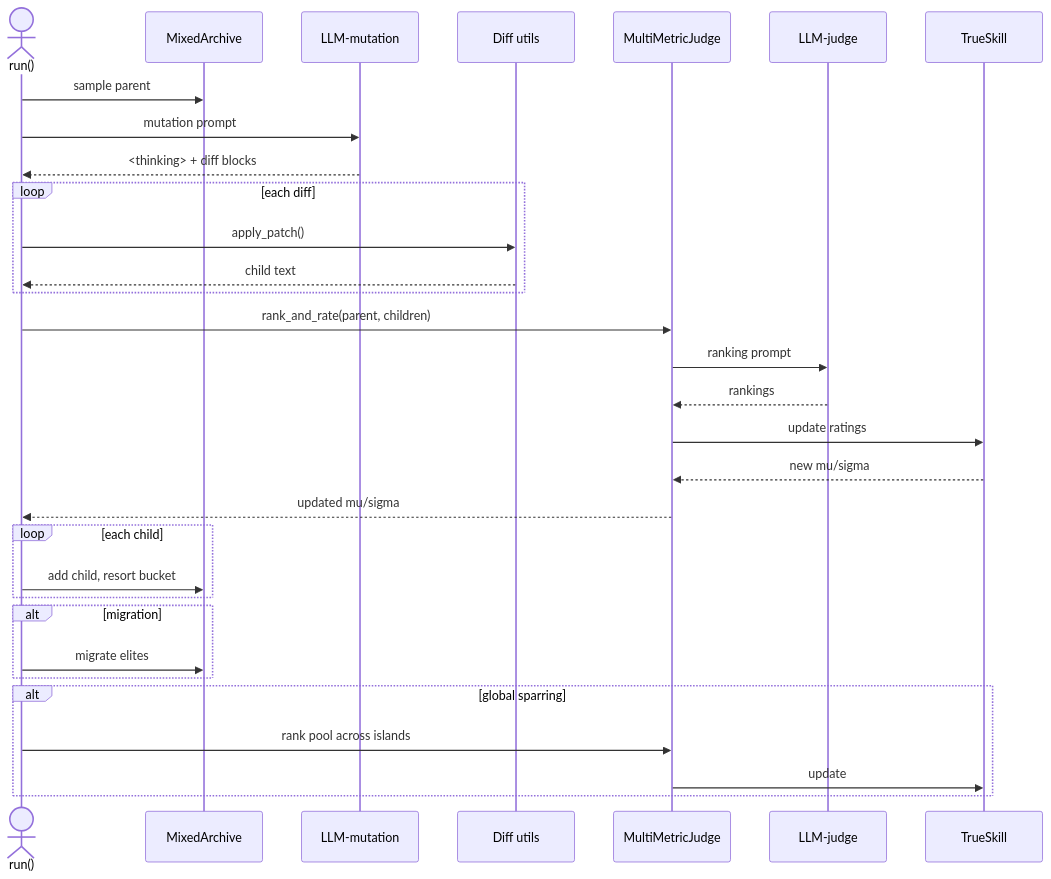
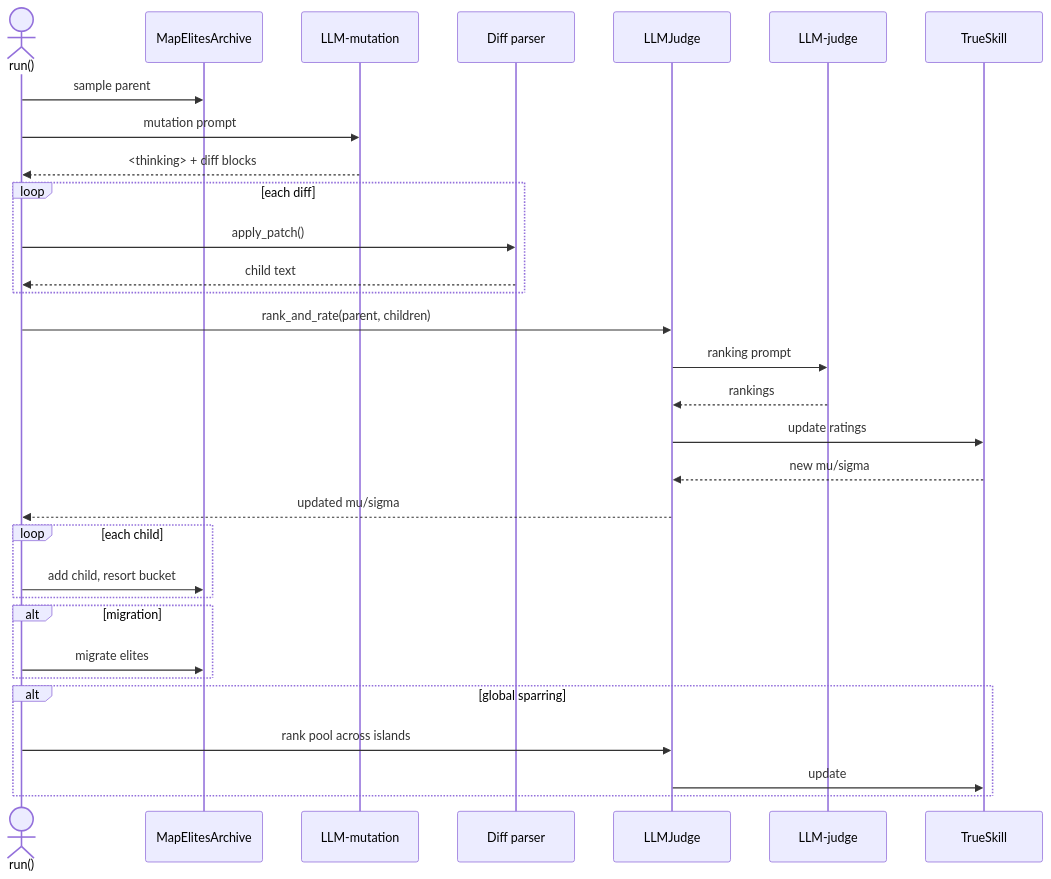
Before and after one commit to caesarnine/fuzzyevolve: the first of 2 diagrams in README.md, drawn with Mermaid. The commit also changed other lines of this file and 33 other files, not shown here.

````diff
--- a/README.md
+++ b/README.md
@@ -139,34 +141,34 @@
 ```mermaid
 sequenceDiagram
     actor Runner as run()
-    participant Arc as MixedArchive
+    participant Arc as MapElitesArchive
     participant MutLLM as LLM‑mutation
-    participant Patch as Diff utils
-    participant Judge as MultiMetricJudge
+    participant Patch as Diff parser
+    participant Judge as LLMJudge
     participant JLLM as LLM‑judge
     participant TS as TrueSkill
 
     Runner->>Arc: sample parent
     Runner->>MutLLM: mutation prompt
     MutLLM-->>Runner: <thinking> + diff blocks
     loop each diff
         Runner->>Patch: apply_patch()
         Patch-->>Runner: child text
     end
     Runner->>Judge: rank_and_rate(parent, children)
     Judge->>JLLM: ranking prompt
     JLLM-->>Judge: rankings
     Judge->>TS: update ratings
     TS-->>Judge: new mu/sigma
     Judge-->>Runner: updated mu/sigma
     loop each child
         Runner->>Arc: add child, resort bucket
     end
     alt migration
         Runner->>Arc: migrate elites
     end
     alt global sparring
         Runner->>Judge: rank pool across islands
         Judge->>TS: update
     end
 ```
````
